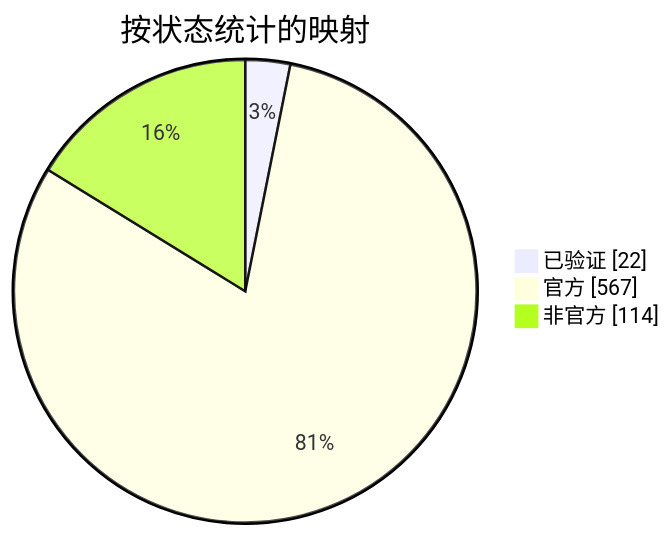
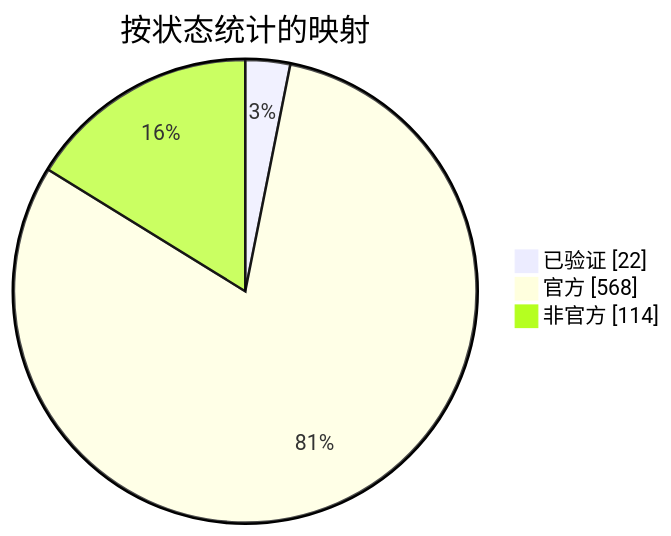
Before and after one commit to nobrega8/mbmap-library: the diagram in docs/readme/README_ZHS.md, drawn with Mermaid. The commit also changed 6 other files, not shown here.

````diff
--- a/docs/readme/README_ZHS.md
+++ b/docs/readme/README_ZHS.md
@@ -54,7 +54,7 @@
 ```mermaid
 pie showData
     title 按状态统计的映射
     "已验证" : 22
-    "官方" : 567
+    "官方" : 568
     "非官方" : 114
 ```
````
